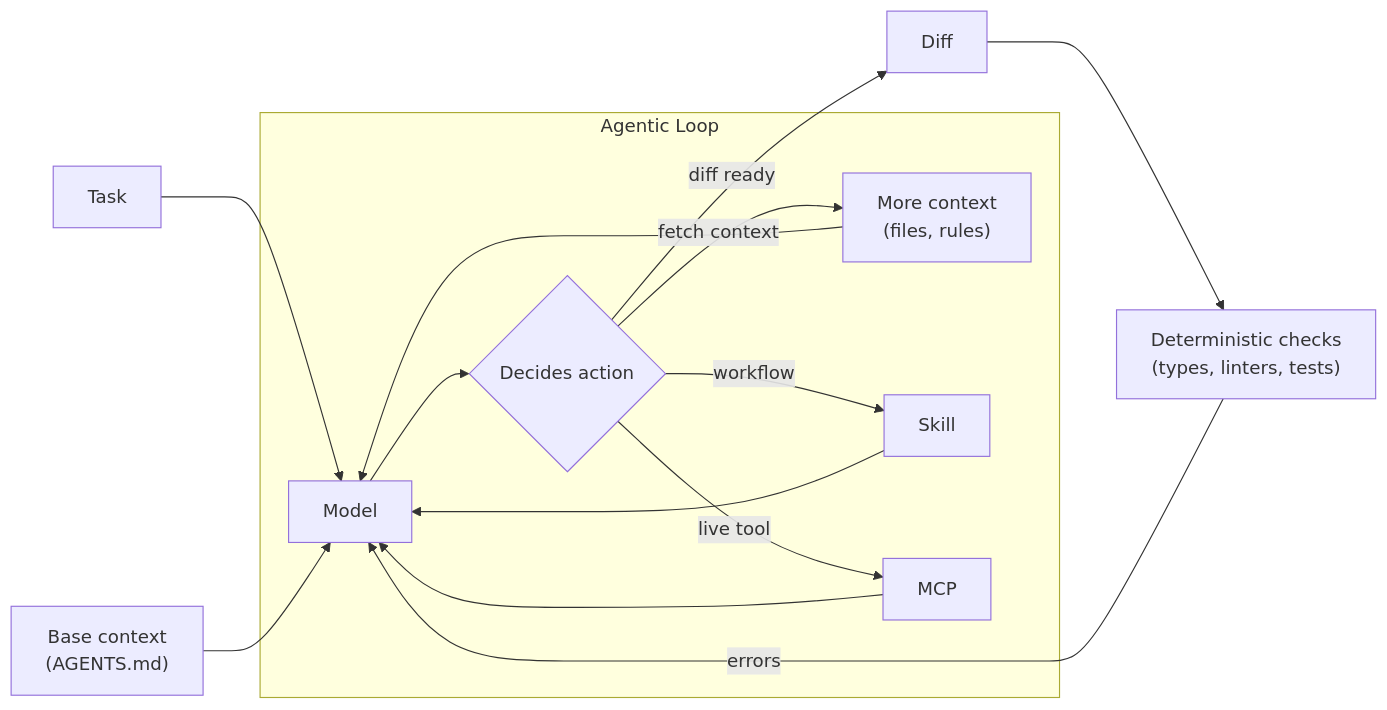
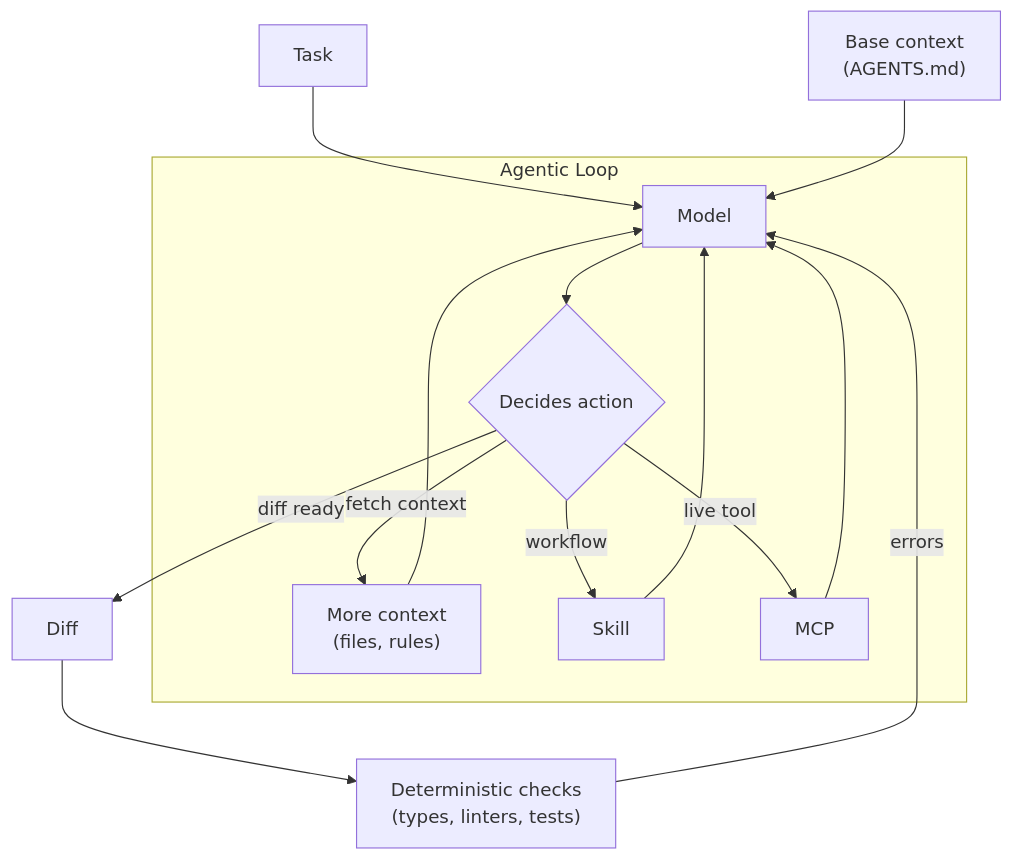
The diagram in posts/26-10-03-agentic-harness-fundamentals/index.qmd (bwrob/bwrob.github.io), drawn with Mermaid before and after one commit. The commit also changed other lines of this file and 7 other files, not shown here.

````diff
--- a/posts/26-10-03-agentic-harness-fundamentals/index.qmd
+++ b/posts/26-10-03-agentic-harness-fundamentals/index.qmd
@@ -39,19 +40,20 @@
 ```{mermaid}
-flowchart LR
+%%| fig-width: 6.5
+flowchart TD
     Task["Task"] --> Model["Model"]
     BaseCtx["Base context<br/>(AGENTS.md)"] --> Model
 
     subgraph AgentLoop["Agentic Loop"]
         Model --> Decision{"Decides action"}
         Decision -- "fetch context" --> Ctx["More context<br/>(files, rules)"]
         Decision -- "workflow" --> Skills["Skill"]
         Decision -- "live tool" --> MCP["MCP"]
         Ctx --> Model
         Skills --> Model
         MCP --> Model
     end
 
     Decision -- "diff ready" --> Diff["Diff"]
     Diff --> Checks["Deterministic checks<br/>(types, linters, tests)"]
     Checks -- "errors" --> Model
 ```
````
